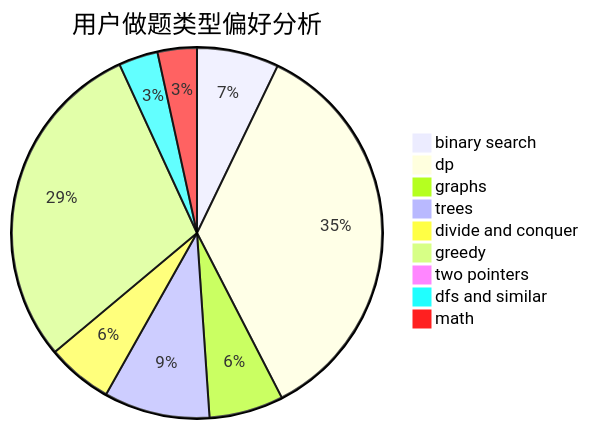
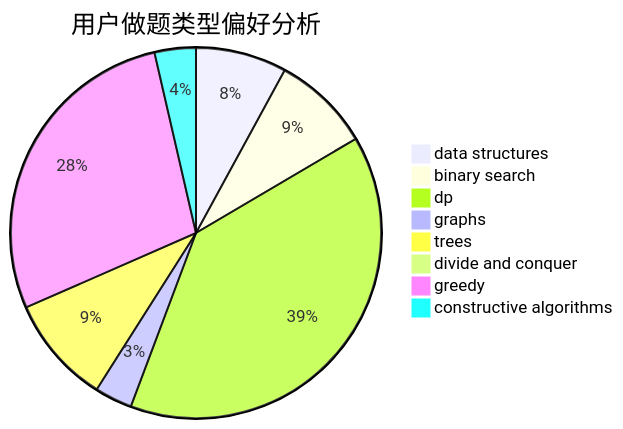
One commit to sherpahu/cfrs.github.io changed the second of 3 diagrams in docs/user/u574.md. Above: the diagram before and after it, drawn with Mermaid. The commit also changed other lines of this file and 2775 other files, not shown here.

````diff
--- a/docs/user/u574.md
+++ b/docs/user/u574.md
@@ -23,12 +23,11 @@
 ```mermaid
 pie title 用户做题类型偏好分析
-    "binary search" :  96
-    "dp" :  473
-    "graphs" :  87
-    "trees" :  124
-    "divide and conquer" :  77
-    "greedy" :  392
-    "two pointers" :  7
-    "dfs and similar" :  46
-    "math" :  46
+    "data structures" :  75
+    "binary search" :  81
+    "dp" :  370
+    "graphs" :  31
+    "trees" :  89
+    "divide and conquer" :  3
+    "greedy" :  264
+    "constructive algorithms" :  34
 ```
````
